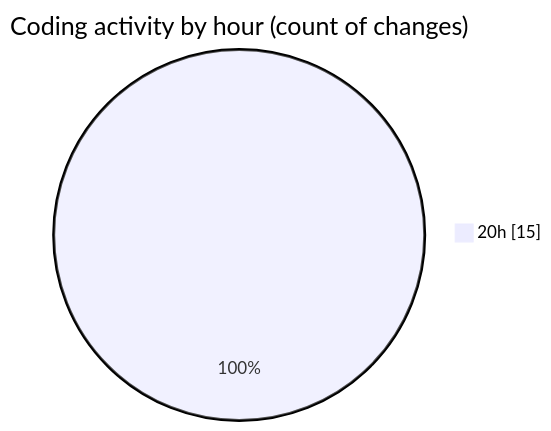
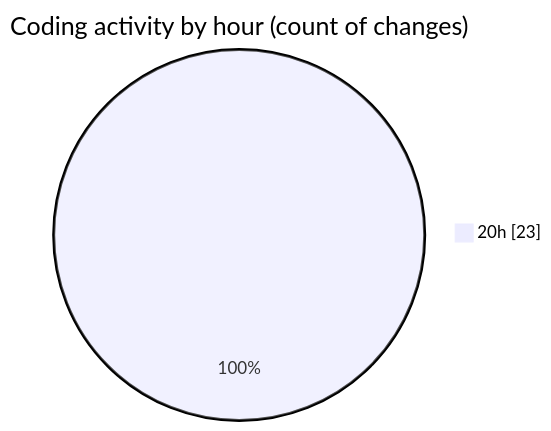
The second of 2 diagrams in 2025-10-07/skintrack/README.md (Netris89/code-tracking), drawn with Mermaid before and after one commit. The commit also changed other lines of this file and 1 other file, not shown here.

````diff
--- a/2025-10-07/skintrack/README.md
+++ b/2025-10-07/skintrack/README.md
@@ -29,5 +31,5 @@
 ```mermaid
 pie showData
 title Coding activity by hour (count of changes)
-"20h" : 15
+"20h" : 23
 ```
````
